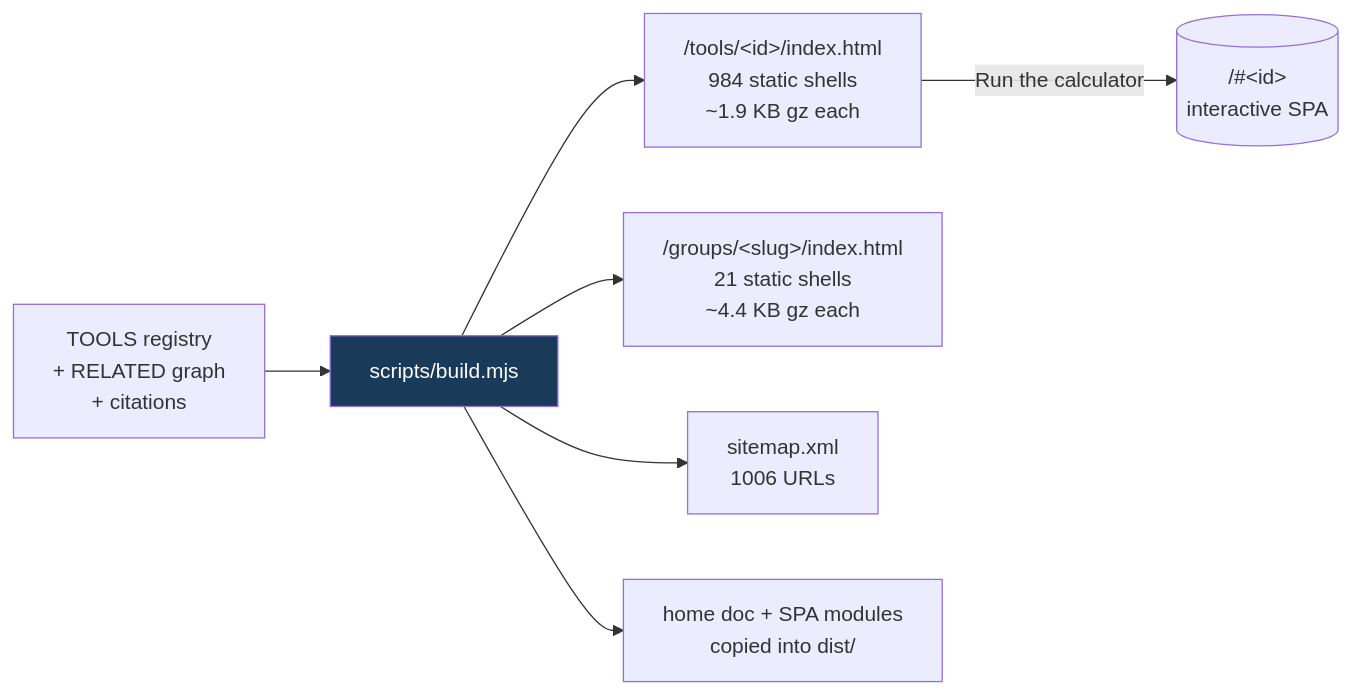
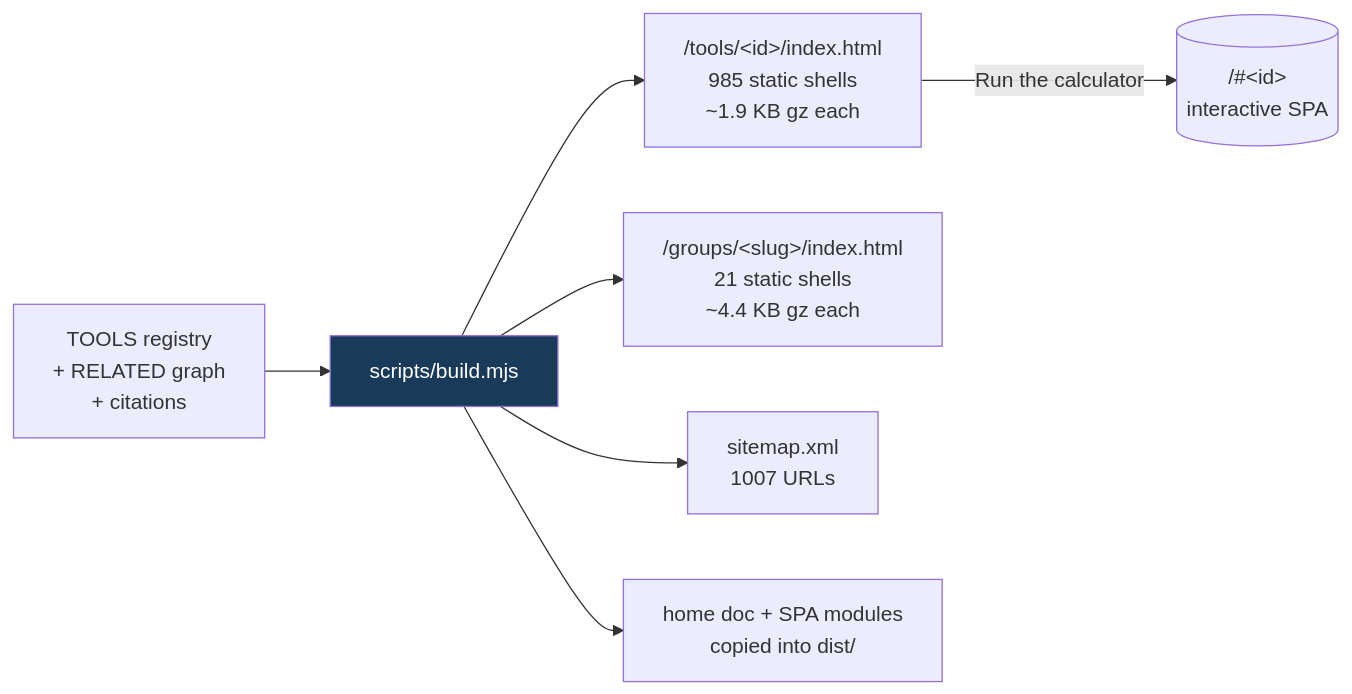
One commit to clay-good/roughlogic.com changed the fifth of 8 diagrams in README.md. Above: the diagram before and after it, drawn with Mermaid. The commit also changed other lines of this file and 13 other files, not shown here.

````diff
--- a/README.md
+++ b/README.md
@@ -495,10 +495,10 @@
 ```mermaid
 flowchart LR
     SRC[TOOLS registry\n+ RELATED graph\n+ citations] --> BUILD[scripts/build.mjs]
-    BUILD --> TILE["/tools/&lt;id&gt;/index.html\n984 static shells\n~1.9 KB gz each"]
+    BUILD --> TILE["/tools/&lt;id&gt;/index.html\n985 static shells\n~1.9 KB gz each"]
     BUILD --> GROUP["/groups/&lt;slug&gt;/index.html\n21 static shells\n~4.4 KB gz each"]
-    BUILD --> MAP["sitemap.xml\n1006 URLs"]
+    BUILD --> MAP["sitemap.xml\n1007 URLs"]
     BUILD --> COPY[home doc + SPA modules\ncopied into dist/]
     TILE -->|Run the calculator| SPA[("/#&lt;id&gt;\ninteractive SPA")]
     style BUILD fill:#1a3a5a,color:#fff
 ```
````
